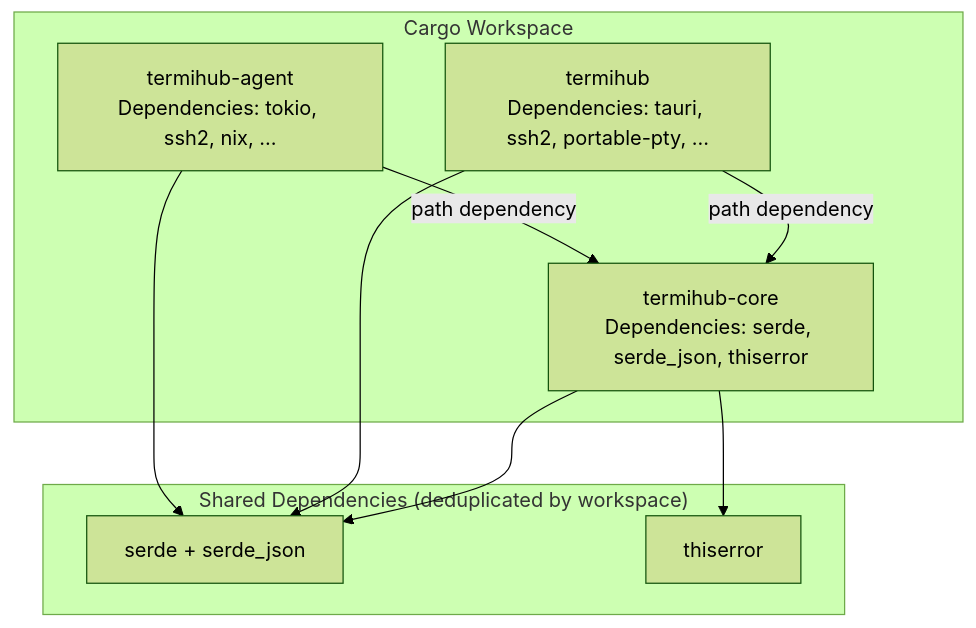
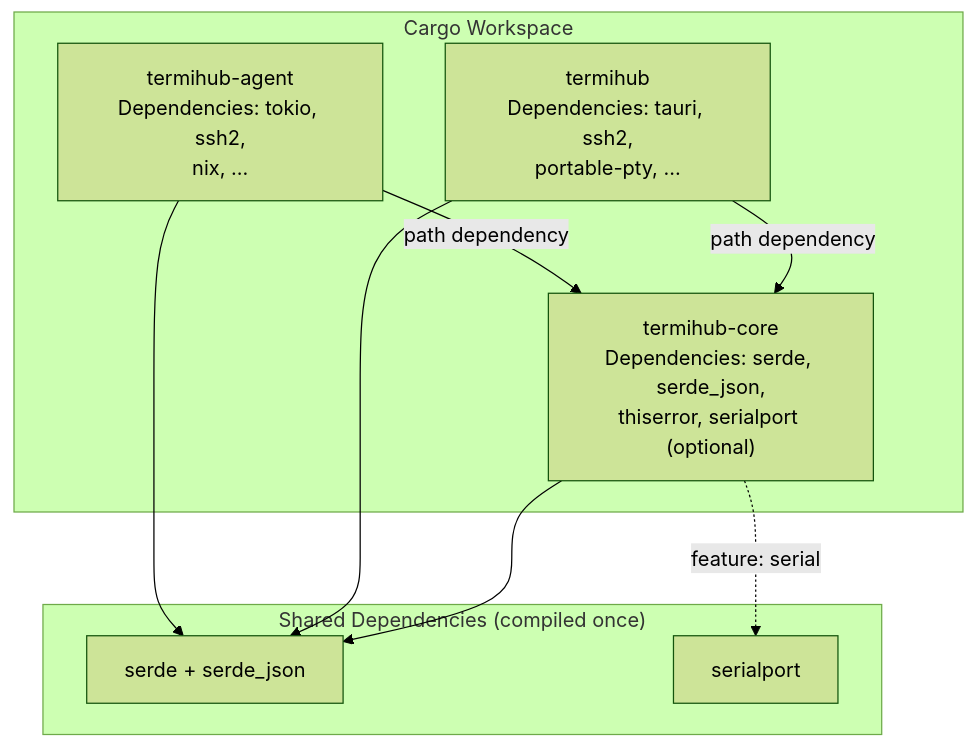
Before and after one commit to armaxri/termiHub: the eighth of 9 diagrams in docs/concepts/shared-rust-core.md, drawn with Mermaid (forest theme). The commit also changed other lines of this file, not shown here.

First line of the commit message:
docs(concept): rewrite shared-rust-core with deeper backend analysis

````diff
--- a/docs/concepts/shared-rust-core.md
+++ b/docs/concepts/shared-rust-core.md
@@ -277,21 +509,21 @@
 ```mermaid
 graph TD
     subgraph "Cargo Workspace"
-        CORE["termihub-core<br/>Dependencies: serde, serde_json, thiserror"]
-        DESKTOP["termihub<br/>Dependencies: tauri, ssh2, portable-pty, ..."]
-        AGENT["termihub-agent<br/>Dependencies: tokio, ssh2, nix, ..."]
+        CORE["termihub-core<br/>Dependencies: serde, serde_json,<br/>thiserror, serialport (optional)"]
+        DESKTOP["termihub<br/>Dependencies: tauri, ssh2,<br/>portable-pty, ..."]
+        AGENT["termihub-agent<br/>Dependencies: tokio, ssh2,<br/>nix, ..."]
     end
 
     DESKTOP -->|"path dependency"| CORE
     AGENT -->|"path dependency"| CORE
 
-    subgraph "Shared Dependencies (deduplicated by workspace)"
+    subgraph "Shared Dependencies (compiled once)"
         SD[serde + serde_json]
-        TH[thiserror]
+        SP[serialport]
     end
 
     CORE --> SD
-    CORE --> TH
+    CORE -.->|"feature: serial"| SP
     DESKTOP --> SD
     AGENT --> SD
 ```
````
